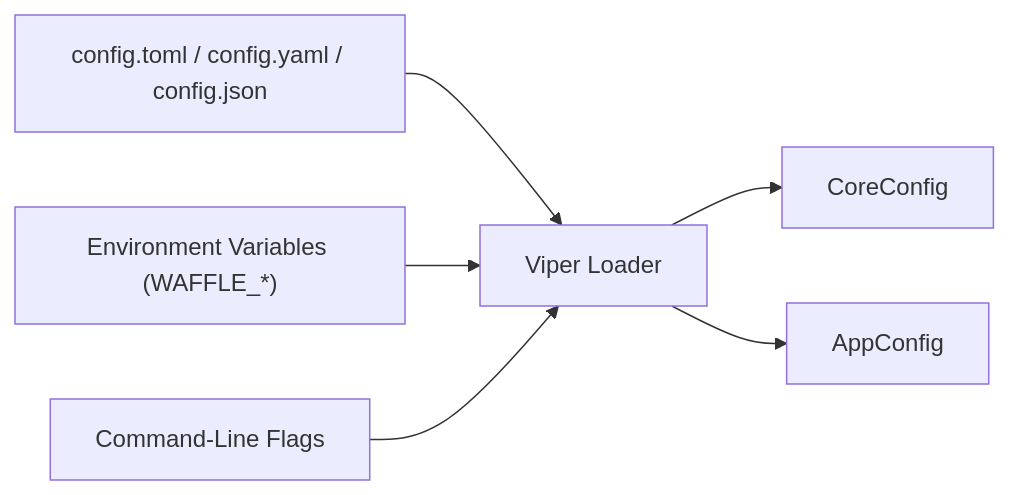
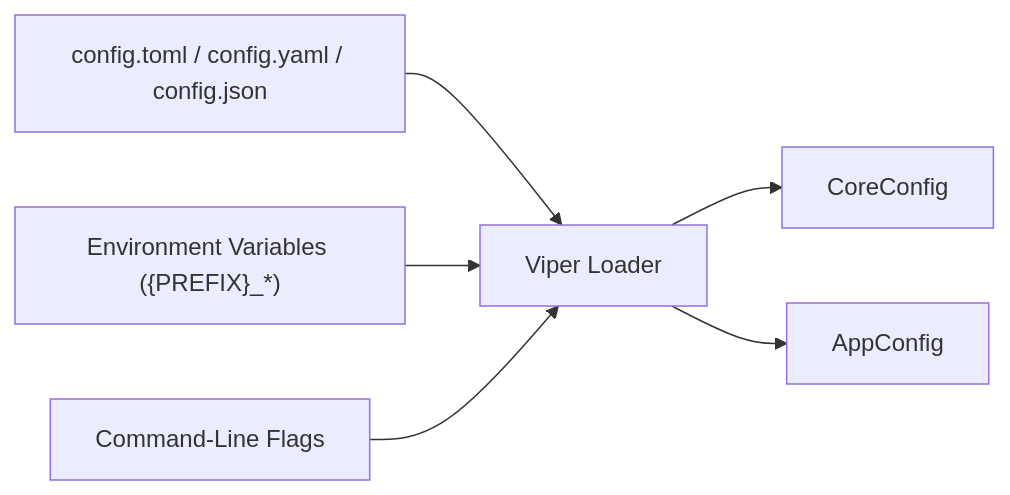
One commit to dalemusser/waffle changed the diagram in docs/core/configuration.md. Above: the diagram before and after it, drawn with Mermaid. The commit also changed other lines of this file and 1 other file, not shown here.

Commit message:
changed config code to support app setting prefix for env vars

````diff
--- a/docs/core/configuration.md
+++ b/docs/core/configuration.md
@@ -31,8 +31,8 @@
 ```mermaid
 flowchart LR
     A["config.toml / config.yaml / config.json"] --> D["Viper Loader"]
-    B["Environment Variables (WAFFLE_*)"] --> D
+    B["Environment Variables ({PREFIX}_*)"] --> D
     C["Command-Line Flags"] --> D
     D --> E["CoreConfig"]
     D --> F["AppConfig"]
 ```
````
